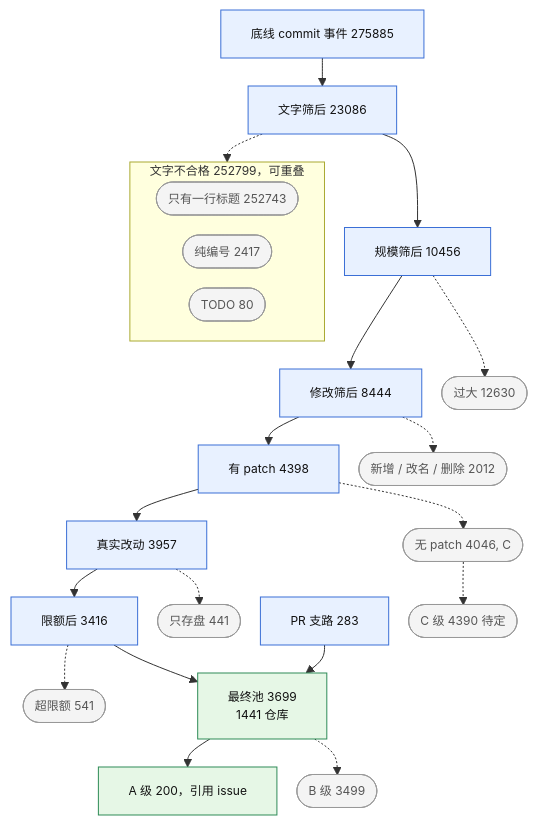
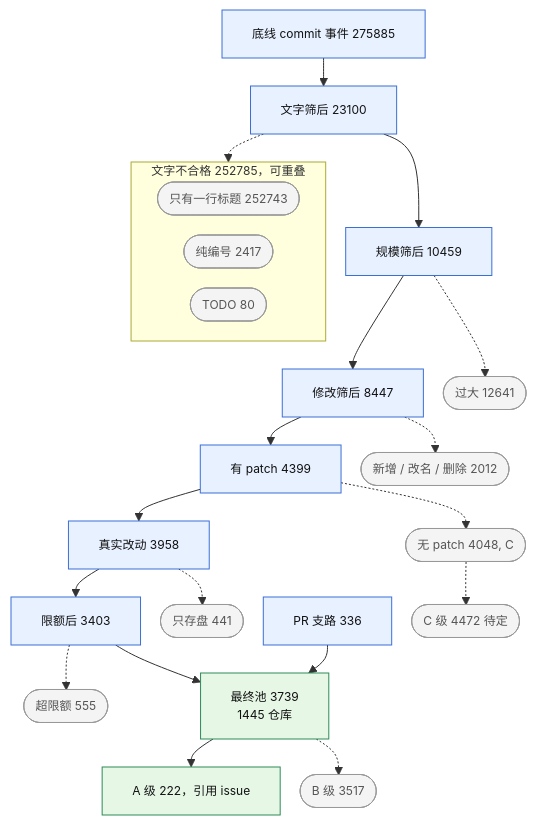
The fifth of 5 diagrams in reports/progress_report.md (Xiafyjck/github_kicad_project_scout), drawn with Mermaid before and after one commit. The commit also changed other lines of this file and 6 other files, not shown here.

````diff
--- a/reports/progress_report.md
+++ b/reports/progress_report.md
@@ -255,37 +254,37 @@
 ```mermaid
 %%{init: {'themeVariables': {'fontSize': '12px'}, 'flowchart': {'nodeSpacing': 20, 'rankSpacing': 28}}}%%
 flowchart TB
     classDef exit fill:#f4f4f4,stroke:#999,color:#555
     classDef keep fill:#e8f1ff,stroke:#3b6fd6,color:#111
     classDef src fill:#f3e8ff,stroke:#7c4dbd,color:#111
     classDef rule fill:#fff8dc,stroke:#c9a400,color:#333
     classDef final fill:#e6f7e6,stroke:#2e8b57,color:#111
 
     M3[底线 commit 事件 275885]:::keep
-    M3 --> M4[文字筛后 23086]:::keep
-    M4 --> M5[规模筛后 10456]:::keep
-    M5 --> M6[修改筛后 8444]:::keep
-    M6 --> M7[有 patch 4398]:::keep
-    M7 --> M8[真实改动 3957]:::keep
-    M8 --> M9[限额后 3416]:::keep
+    M3 --> M4[文字筛后 23100]:::keep
+    M4 --> M5[规模筛后 10459]:::keep
+    M5 --> M6[修改筛后 8447]:::keep
+    M6 --> M7[有 patch 4399]:::keep
+    M7 --> M8[真实改动 3958]:::keep
+    M8 --> M9[限额后 3403]:::keep
 
-    subgraph TY[文字不合格 252799，可重叠]
+    subgraph TY[文字不合格 252785，可重叠]
         direction LR
         MX4a([只有一行标题 252743]):::exit
         MX4b([纯编号 2417]):::exit
         MX4c([TODO 80]):::exit
     end
     M4 -.-> TY
-    M5 -.-> MX5([过大 12630]):::exit
+    M5 -.-> MX5([过大 12641]):::exit
     M6 -.-> MX6([新增 / 改名 / 删除 2012]):::exit
-    M7 -.-> MX7([无 patch 4046, C]):::exit
+    M7 -.-> MX7([无 patch 4048, C]):::exit
     M8 -.-> MX8([只存盘 441]):::exit
-    M9 -.-> MX9([超限额 541]):::exit
+    M9 -.-> MX9([超限额 555]):::exit
 
-    P9[PR 支路 283]:::keep
-    M9 --> F[最终池 3699<br/>1441 仓库]:::final
+    P9[PR 支路 336]:::keep
+    M9 --> F[最终池 3739<br/>1445 仓库]:::final
     P9 --> F
-    F --> G[A 级 200，引用 issue]:::final
-    F -.-> FB([B 级 3499]):::exit
-    MX7 -.-> FC([C 级 4390 待定]):::exit
+    F --> G[A 级 222，引用 issue]:::final
+    F -.-> FB([B 级 3517]):::exit
+    MX7 -.-> FC([C 级 4472 待定]):::exit
 ```
````
